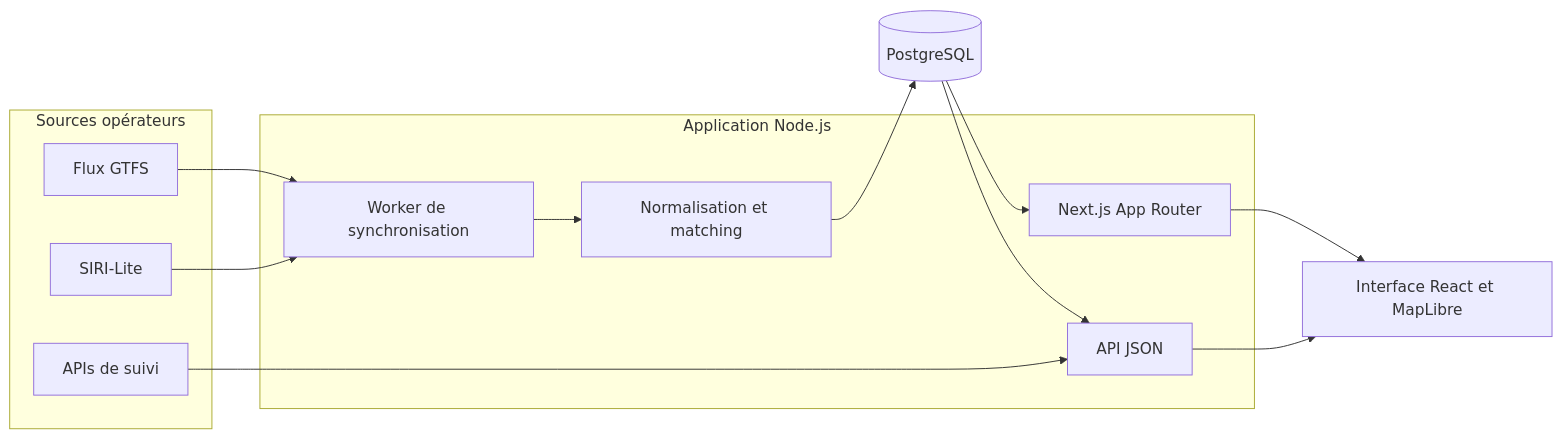
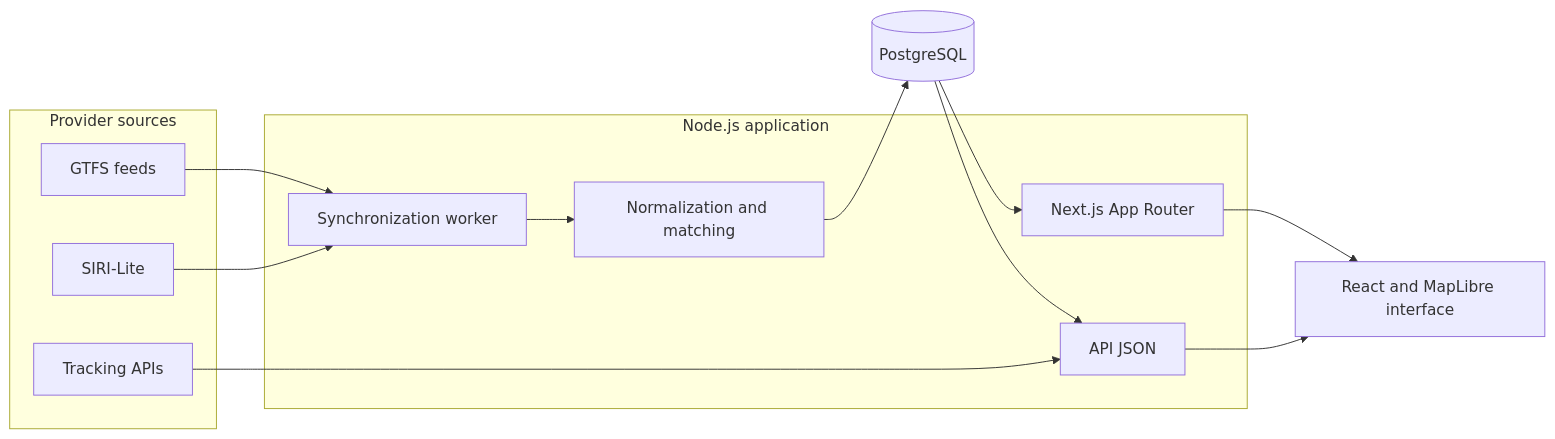
One commit to DownvoteEDw/BusMinute changed the diagram in README.md. Above: the diagram before and after it, drawn with Mermaid. The commit also changed other lines of this file and 2 other files, not shown here.

````diff
--- a/README.md
+++ b/README.md
@@ -46,28 +46,28 @@
 ```mermaid
 flowchart LR
-    subgraph Sources[Sources opérateurs]
-        GTFS[Flux GTFS]
+    subgraph Sources[Provider sources]
+        GTFS[GTFS feeds]
         SIRI[SIRI-Lite]
-        TRACK[APIs de suivi]
+        TRACK[Tracking APIs]
     end
 
-    subgraph Runtime[Application Node.js]
-        WORKER[Worker de synchronisation]
-        MATCH[Normalisation et matching]
+    subgraph Runtime[Node.js application]
+        WORKER[Synchronization worker]
+        MATCH[Normalization and matching]
         NEXT[Next.js App Router]
         API[API JSON]
     end
 
     DB[(PostgreSQL)]
-    WEB[Interface React et MapLibre]
+    WEB[React and MapLibre interface]
 
     GTFS --> WORKER
     SIRI --> WORKER
     WORKER --> MATCH
     MATCH --> DB
     DB --> NEXT
     DB --> API
     TRACK --> API
     NEXT --> WEB
     API --> WEB
 ```
````
